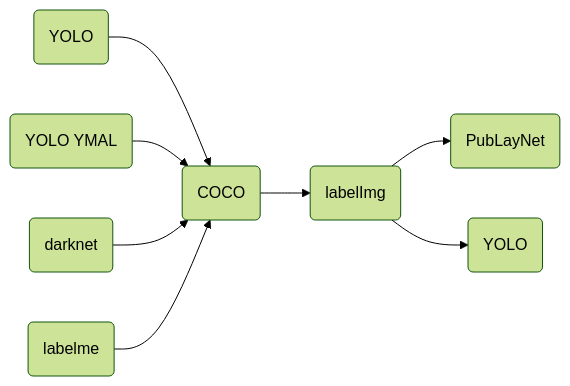
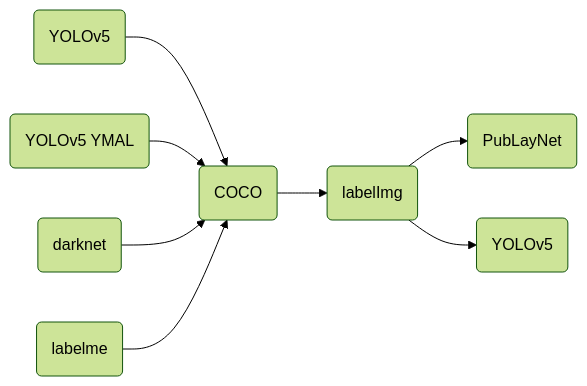
One commit to RapidAI/LabelConvert changed the diagram in README.md. Above: the diagram before and after it, drawn with Mermaid (forest theme).

````diff
--- a/README.md
+++ b/README.md
@@ -26,12 +26,12 @@
 ```mermaid
 flowchart LR
 
-A(YOLO) --> B(COCO)
-C(YOLO YMAL) --> B
+A(YOLOv5) --> B(COCO)
+C(YOLOv5 YMAL) --> B
 D(darknet) --> B
 E(labelme) --> B
 
 B --> F(labelImg)
 F --> G(PubLayNet)
-F --> J(YOLO)
+F --> J(YOLOv5)
 ```
````
